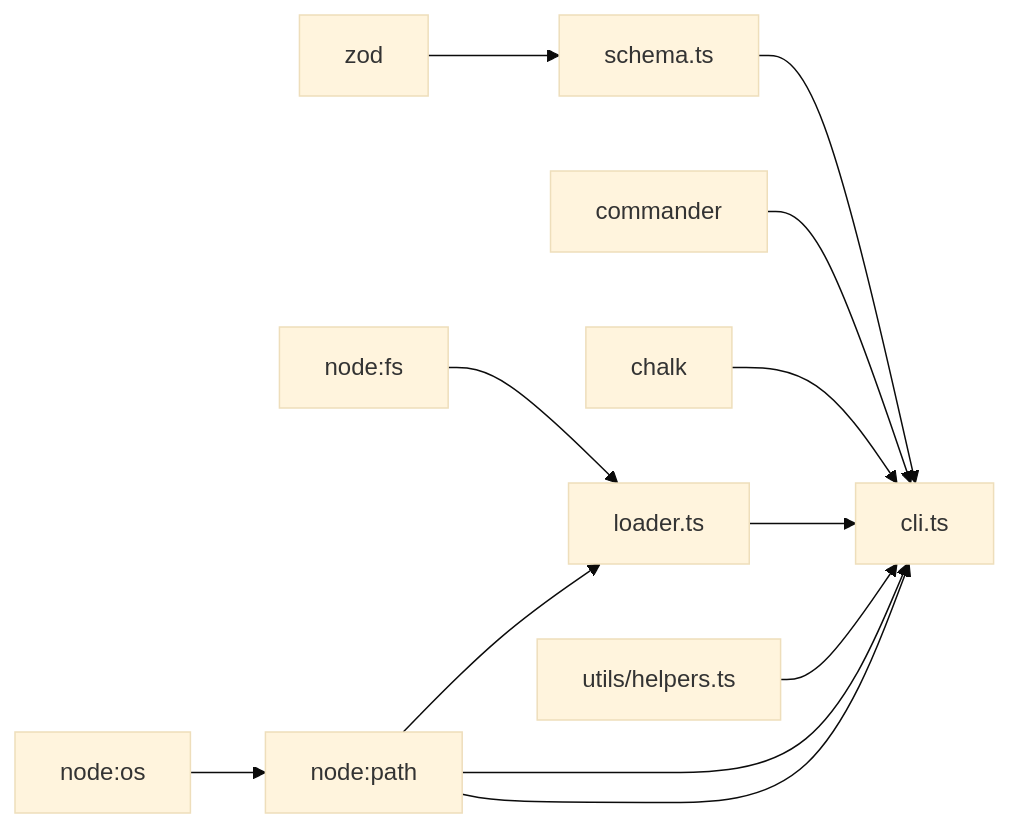
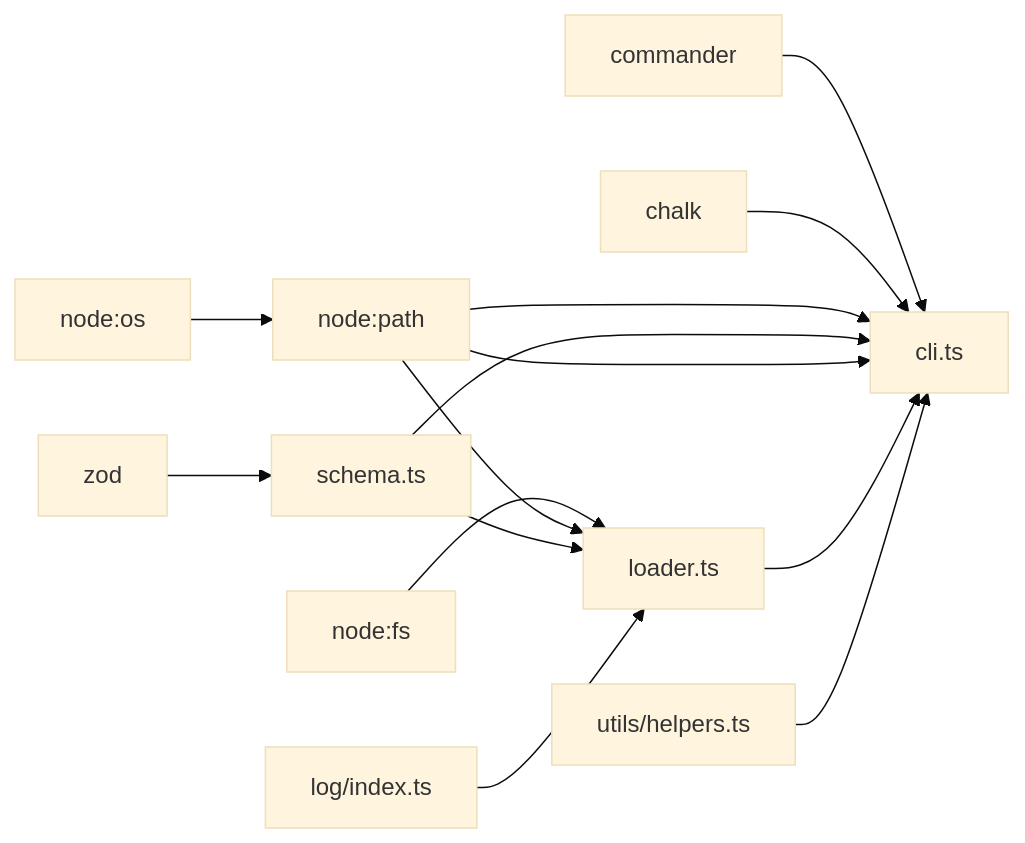
One commit to neciszhang/batbot changed the fourth of 4 diagrams in .qoder/repowiki/zh/content/配置系统/配置加载器.md. Above: the diagram before and after it, drawn with Mermaid (base theme). The commit also changed other lines of this file and 7 other files, not shown here.

````diff
--- a/.qoder/repowiki/zh/content/配置系统/配置加载器.md
+++ b/.qoder/repowiki/zh/content/配置系统/配置加载器.md
@@ -252,14 +276,16 @@
 ```mermaid
 graph LR
 Z["zod"] --> SCHEMA["schema.ts"]
 CM["commander"] --> CLI["cli.ts"]
 CH["chalk"] --> CLI
 FS["node:fs"] --> LOADER["loader.ts"]
 PATH["node:path"] --> LOADER
 OS["node:os"] --> PATH
 PATH --> CLI
 SCHEMA --> CLI
+SCHEMA --> LOADER
 PATH --> CLI
 LOADER --> CLI
+LOG["log/index.ts"] --> LOADER
 HELP["utils/helpers.ts"] --> CLI
 ```
````
